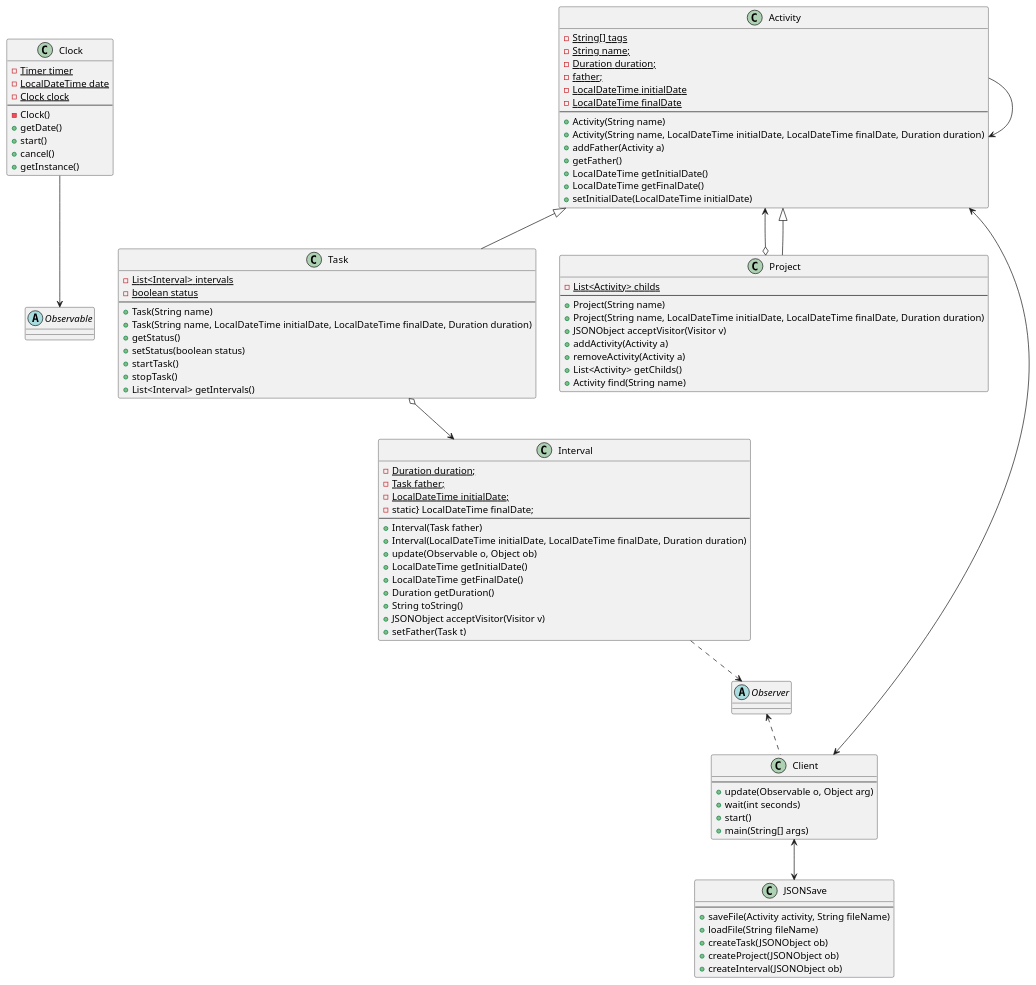
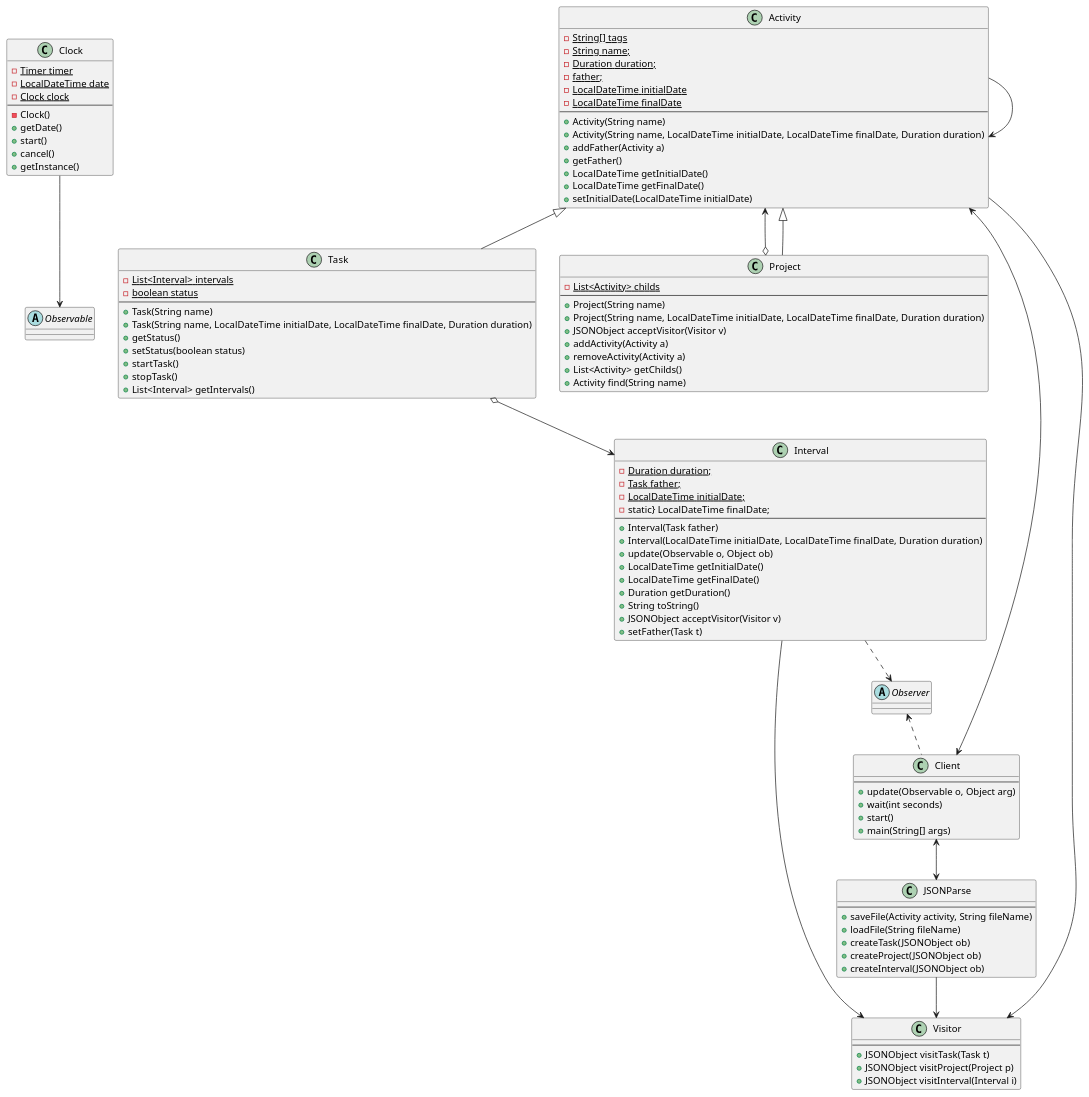
One commit to MarcSalaManzano/TimeTraker changed the diagram in src/UMLDiagram.puml. Above: the diagram before and after it, drawn with PlantUML. The commit also changed 1 other file, not shown here.

Commit message:
UML modifications

```diff
--- a/src/UMLDiagram.puml
+++ b/src/UMLDiagram.puml
@@ -1,120 +1,131 @@
 @startuml
 
 
 abstract class Clock
 abstract class Observable
 abstract class Activity
 abstract class Interval
 abstract class Observer
 abstract class Task
 abstract class Project
-abstract class JSONSave
+abstract class JSONParse
 abstract class Client
+abstract class Visitor
 
 
 
 Activity <--> Client
 Activity --> Activity
 Activity <--o Project
 Activity <|-- Project
 Activity <|-- Task
 Task o--> Interval
 Interval ..> Observer
 Observer <.. Client
-Client <--> JSONSave
+Client <--> JSONParse
 Clock --> Observable
+JSONParse --> Visitor
+Activity --> Visitor
+Interval --> Visitor
 
 
 
 class Clock {
 - {static} Timer timer
 - {static} LocalDateTime date
 - {static} Clock clock
 --
 - Clock()
 + getDate()
 + start()
 + cancel()
 + getInstance()
 }
 
 class Activity{
 - {static} String[] tags
 - {static} String name;
 - {static} Duration duration;
 - {static} father;
 - {static} LocalDateTime initialDate
 - {static} LocalDateTime finalDate
 --
 + Activity(String name)
 + Activity(String name, LocalDateTime initialDate, LocalDateTime finalDate, Duration duration)
 + addFather(Activity a)
 + getFather()
 + LocalDateTime getInitialDate()
 + LocalDateTime getFinalDate()
 + setInitialDate(LocalDateTime initialDate)
 }
 
 class Interval{
 - {static} Duration duration;
 - {static} Task father;
 - {static} LocalDateTime initialDate;
 - static} LocalDateTime finalDate;
 --
 + Interval(Task father)
 + Interval(LocalDateTime initialDate, LocalDateTime finalDate, Duration duration)
 + update(Observable o, Object ob)
 + LocalDateTime getInitialDate()
 + LocalDateTime getFinalDate()
 + Duration getDuration()
 + String toString()
 + JSONObject acceptVisitor(Visitor v)
 + setFather(Task t)
 }
 
 class Task{
 - {static} List<Interval> intervals
 - {static} boolean status
 --
 + Task(String name)
 + Task(String name, LocalDateTime initialDate, LocalDateTime finalDate, Duration duration)
 + getStatus()
 + setStatus(boolean status)
 + startTask()
 + stopTask()
 + List<Interval> getIntervals()
 }
 
 class Project{
 - {static} List<Activity> childs
 --
 + Project(String name)
 + Project(String name, LocalDateTime initialDate, LocalDateTime finalDate, Duration duration)
 + JSONObject acceptVisitor(Visitor v)
 + addActivity(Activity a)
 + removeActivity(Activity a)
 + List<Activity> getChilds()
 + Activity find(String name)
 }
 
 
 class Client{
 --
 + update(Observable o, Object arg)
 + wait(int seconds)
 + start()
 + main(String[] args)
 }
 
 
-class JSONSave{
+class JSONParse{
 --
 + saveFile(Activity activity, String fileName)
 + loadFile(String fileName)
 + createTask(JSONObject ob)
 + createProject(JSONObject ob)
 + createInterval(JSONObject ob)
 }
 
+class Visitor {
+--
++ JSONObject visitTask(Task t)
++ JSONObject visitProject(Project p)
++ JSONObject visitInterval(Interval i)
+}
+
 
 @enduml
```
